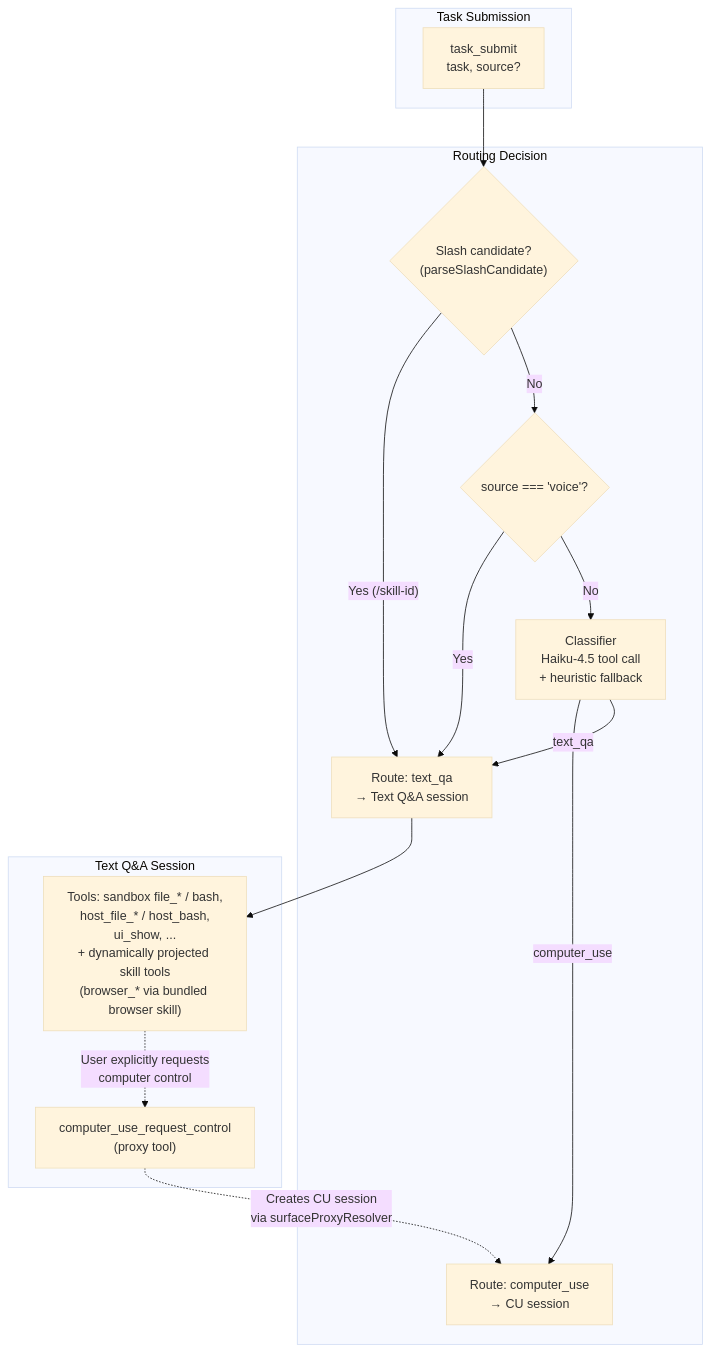
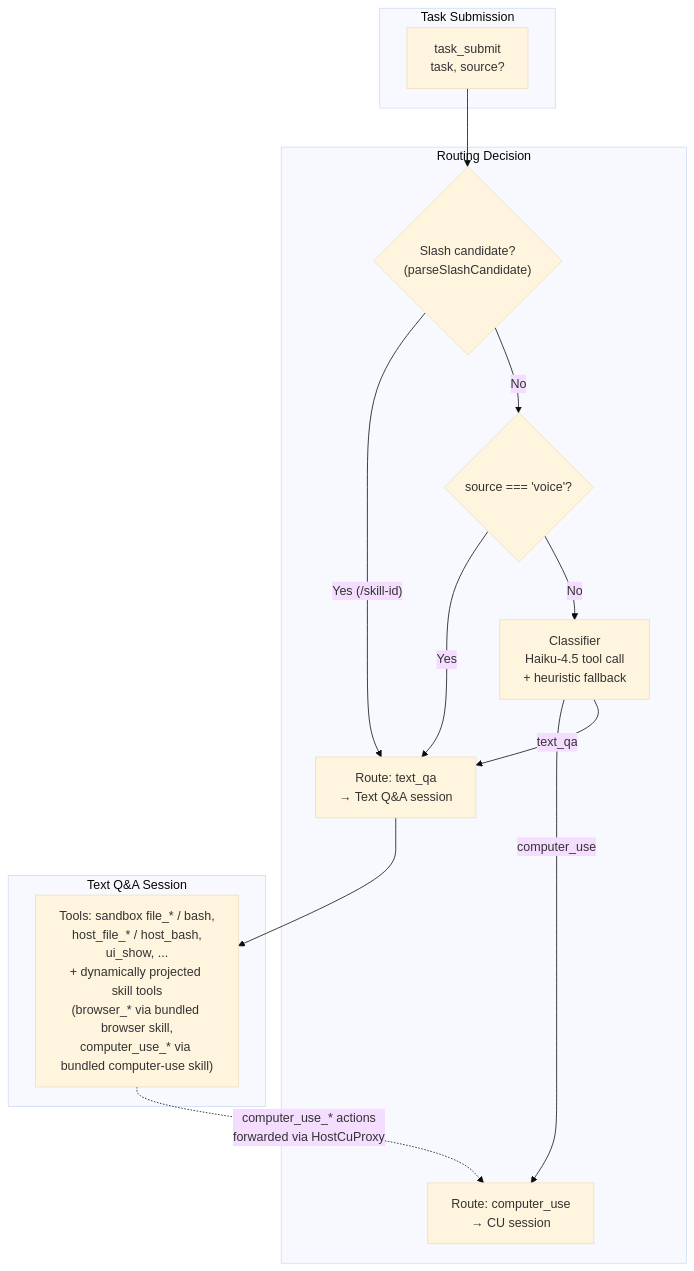
Before and after one commit to vellum-ai/vellum-assistant: the fourth of 17 diagrams in assistant/ARCHITECTURE.md, drawn with Mermaid (base theme). The commit also changed other lines of this file and 4 other files, not shown here.

Commit message:
fix: update stale docs referencing deleted ComputerUseSession and computer_use_request_control

````diff
--- a/assistant/ARCHITECTURE.md
+++ b/assistant/ARCHITECTURE.md
@@ -928,31 +928,29 @@
 ```mermaid
 graph TB
     subgraph "Task Submission"
         SUBMIT["task_submit<br/>task, source?"]
     end
 
     subgraph "Routing Decision"
         SLASH_CHECK{"Slash candidate?<br/>(parseSlashCandidate)"}
         VOICE_CHECK{"source === 'voice'?"}
         CLASSIFIER["Classifier<br/>Haiku-4.5 tool call<br/>+ heuristic fallback"]
         CU_ROUTE["Route: computer_use<br/>→ CU session"]
         QA_ROUTE["Route: text_qa<br/>→ Text Q&A session"]
     end
 
     subgraph "Text Q&A Session"
-        TEXT_TOOLS["Tools: sandbox file_* / bash,<br/>host_file_* / host_bash,<br/>ui_show, ...<br/>+ dynamically projected skill tools<br/>(browser_* via bundled browser skill)"]
-        ESCALATE["computer_use_request_control<br/>(proxy tool)"]
+        TEXT_TOOLS["Tools: sandbox file_* / bash,<br/>host_file_* / host_bash,<br/>ui_show, ...<br/>+ dynamically projected skill tools<br/>(browser_* via bundled browser skill,<br/>computer_use_* via bundled computer-use skill)"]
     end
 
     SUBMIT --> SLASH_CHECK
     SLASH_CHECK -->|"Yes (/skill-id)"| QA_ROUTE
     SLASH_CHECK -->|"No"| VOICE_CHECK
     VOICE_CHECK -->|"Yes"| QA_ROUTE
     VOICE_CHECK -->|"No"| CLASSIFIER
     CLASSIFIER -->|"computer_use"| CU_ROUTE
     CLASSIFIER -->|"text_qa"| QA_ROUTE
 
     QA_ROUTE --> TEXT_TOOLS
-    TEXT_TOOLS -.->|"User explicitly requests<br/>computer control"| ESCALATE
-    ESCALATE -.->|"Creates CU session<br/>via surfaceProxyResolver"| CU_ROUTE
+    TEXT_TOOLS -.->|"computer_use_* actions<br/>forwarded via HostCuProxy"| CU_ROUTE
 ```
````
